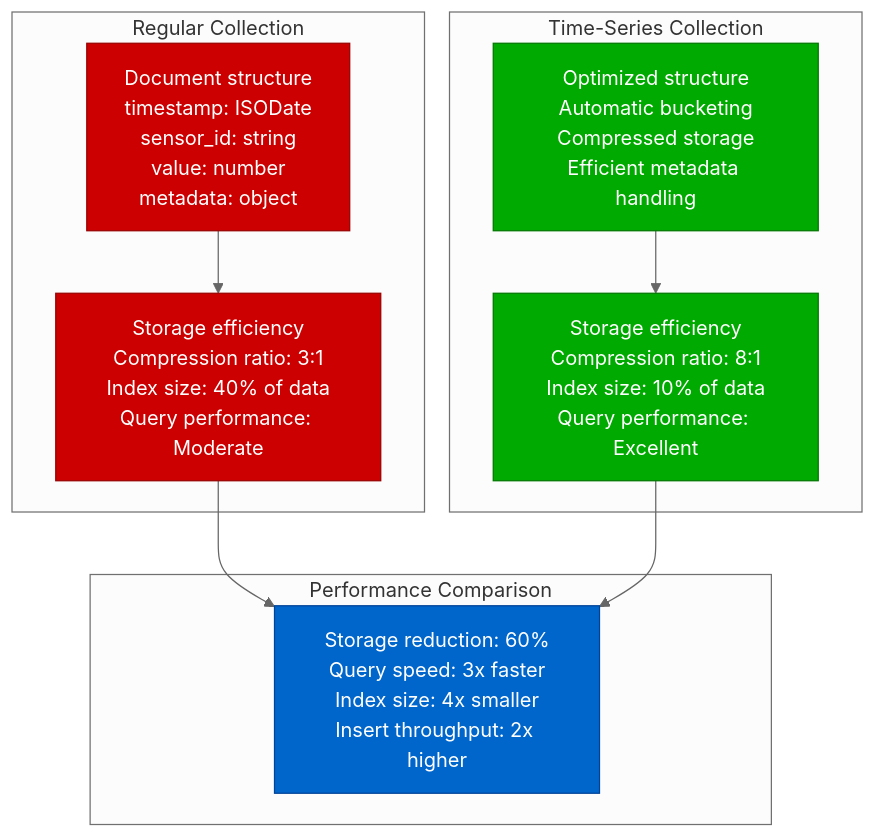
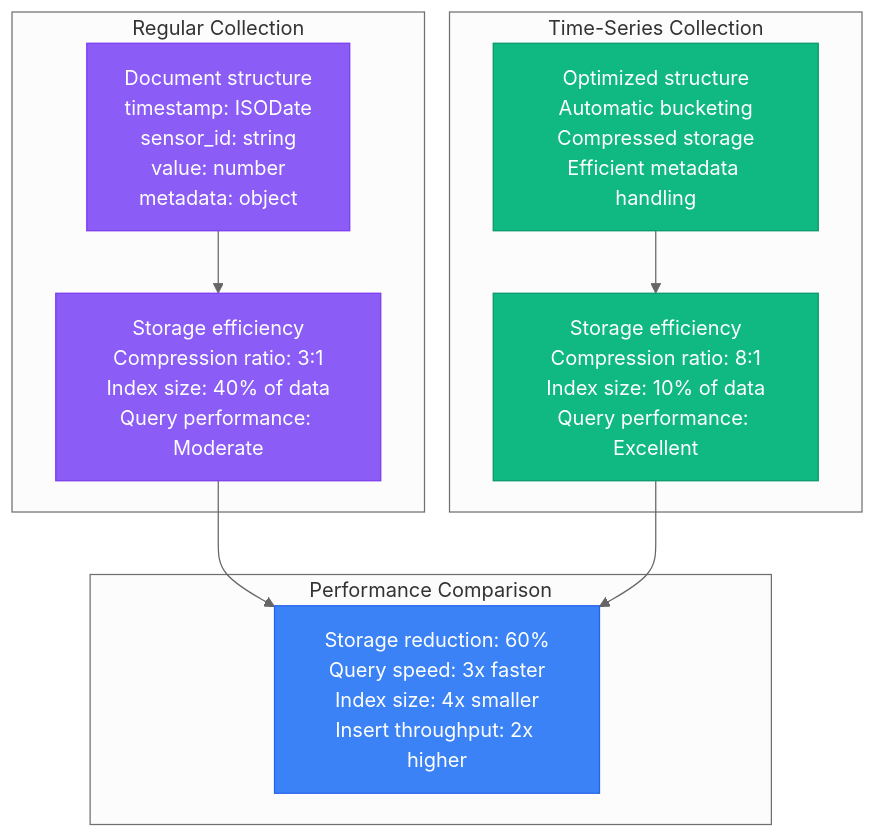
Diagram 12 of 14 in site/docs/performance/mongodb-performance-profile.md (deepaucksharma/DS), drawn with Mermaid (neutral theme) before and after one commit. The commit also changed other lines of this file and 303 other files, not shown here.

````diff
--- a/site/docs/performance/mongodb-performance-profile.md
+++ b/site/docs/performance/mongodb-performance-profile.md
@@ -426,33 +426,33 @@
 ```mermaid
 graph TB
     subgraph "Regular Collection"
         RC1[Document structure<br/>timestamp: ISODate<br/>sensor_id: string<br/>value: number<br/>metadata: object]
 
         RC2[Storage efficiency<br/>Compression ratio: 3:1<br/>Index size: 40% of data<br/>Query performance: Moderate]
 
         RC1 --> RC2
     end
 
     subgraph "Time-Series Collection"
         TS1[Optimized structure<br/>Automatic bucketing<br/>Compressed storage<br/>Efficient metadata handling]
 
         TS2[Storage efficiency<br/>Compression ratio: 8:1<br/>Index size: 10% of data<br/>Query performance: Excellent]
 
         TS1 --> TS2
     end
 
     subgraph "Performance Comparison"
         COMP1[Storage reduction: 60%<br/>Query speed: 3x faster<br/>Index size: 4x smaller<br/>Insert throughput: 2x higher]
     end
 
     RC2 --> COMP1
     TS2 --> COMP1
 
-    classDef regularStyle fill:#CC0000,stroke:#990000,color:#fff
-    classDef tsStyle fill:#00AA00,stroke:#007700,color:#fff
-    classDef compStyle fill:#0066CC,stroke:#004499,color:#fff
+    classDef regularStyle fill:#8B5CF6,stroke:#7C3AED,color:#fff
+    classDef tsStyle fill:#10B981,stroke:#059669,color:#fff
+    classDef compStyle fill:#3B82F6,stroke:#2563EB,color:#fff
 
     class RC1,RC2 regularStyle
     class TS1,TS2 tsStyle
     class COMP1 compStyle
 ```
````
